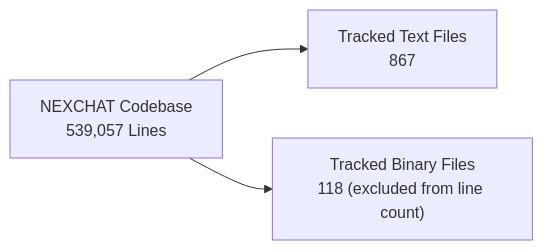
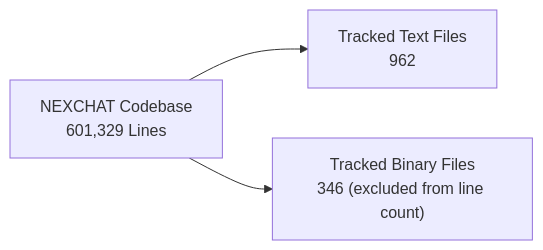
One commit to alexhack235-code/NEXCHAT changed the second of 3 diagrams in count.md. Above: the diagram before and after it, drawn with Mermaid. The commit also changed other lines of this file and 47 other files, not shown here.

````diff
--- a/count.md
+++ b/count.md
@@ -78,5 +78,5 @@
 ```mermaid
 flowchart LR
-    ROOT["NEXCHAT Codebase<br/>539,057 Lines"] --> TEXT["Tracked Text Files<br/>867"]
-    ROOT --> BINARY["Tracked Binary Files<br/>118 (excluded from line count)"]
+    ROOT["NEXCHAT Codebase<br/>601,329 Lines"] --> TEXT["Tracked Text Files<br/>962"]
+    ROOT --> BINARY["Tracked Binary Files<br/>346 (excluded from line count)"]
 ```
````
